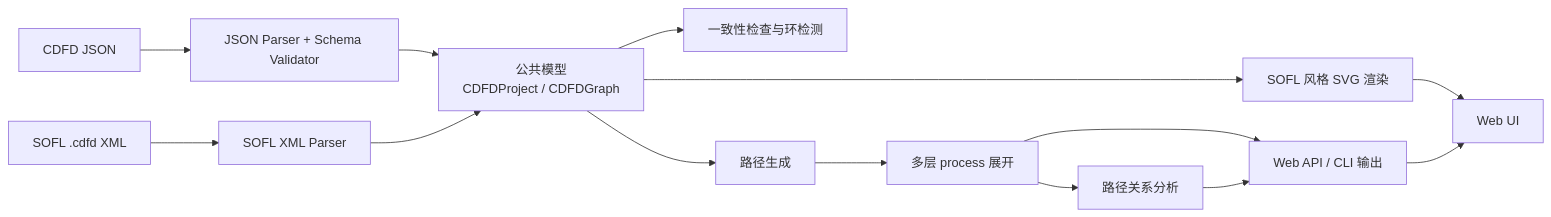
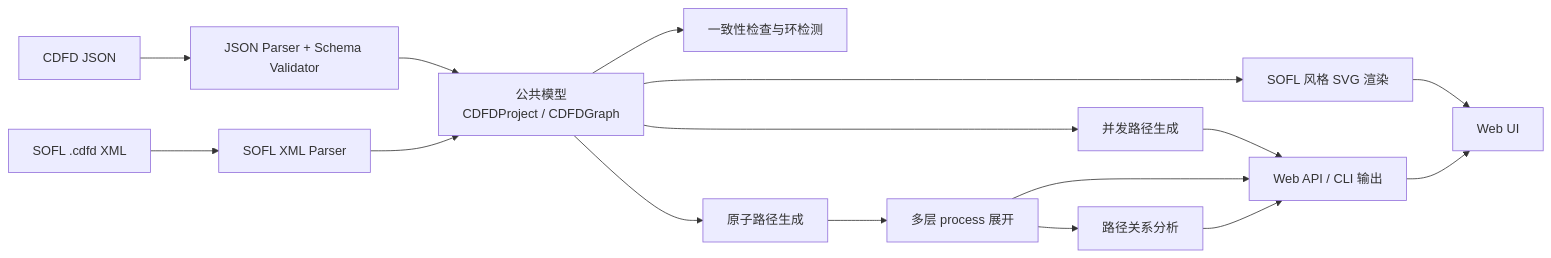
One commit to Qing-Qiu/CDFD changed the diagram in README.md. Above: the diagram before and after it, drawn with Mermaid. The commit also changed other lines of this file and 34 other files, not shown here.

````diff
--- a/README.md
+++ b/README.md
@@ -33,19 +35,21 @@
 ```mermaid
 flowchart LR
     JSON["CDFD JSON"] --> JSONParser["JSON Parser + Schema Validator"]
     SOFL["SOFL .cdfd XML"] --> SOFLParser["SOFL XML Parser"]
 
     JSONParser --> Model["公共模型<br/>CDFDProject / CDFDGraph"]
     SOFLParser --> Model
 
     Model --> Check["一致性检查与环检测"]
-    Model --> Path["路径生成"]
+    Model --> Path["原子路径生成"]
+    Model --> Concurrent["并发路径生成"]
     Path --> Expand["多层 process 展开"]
     Expand --> Relation["路径关系分析"]
+    Concurrent --> API
 
     Model --> SVG["SOFL 风格 SVG 渲染"]
     Expand --> API["Web API / CLI 输出"]
     Relation --> API
     SVG --> Web["Web UI"]
     API --> Web
 ```
````
